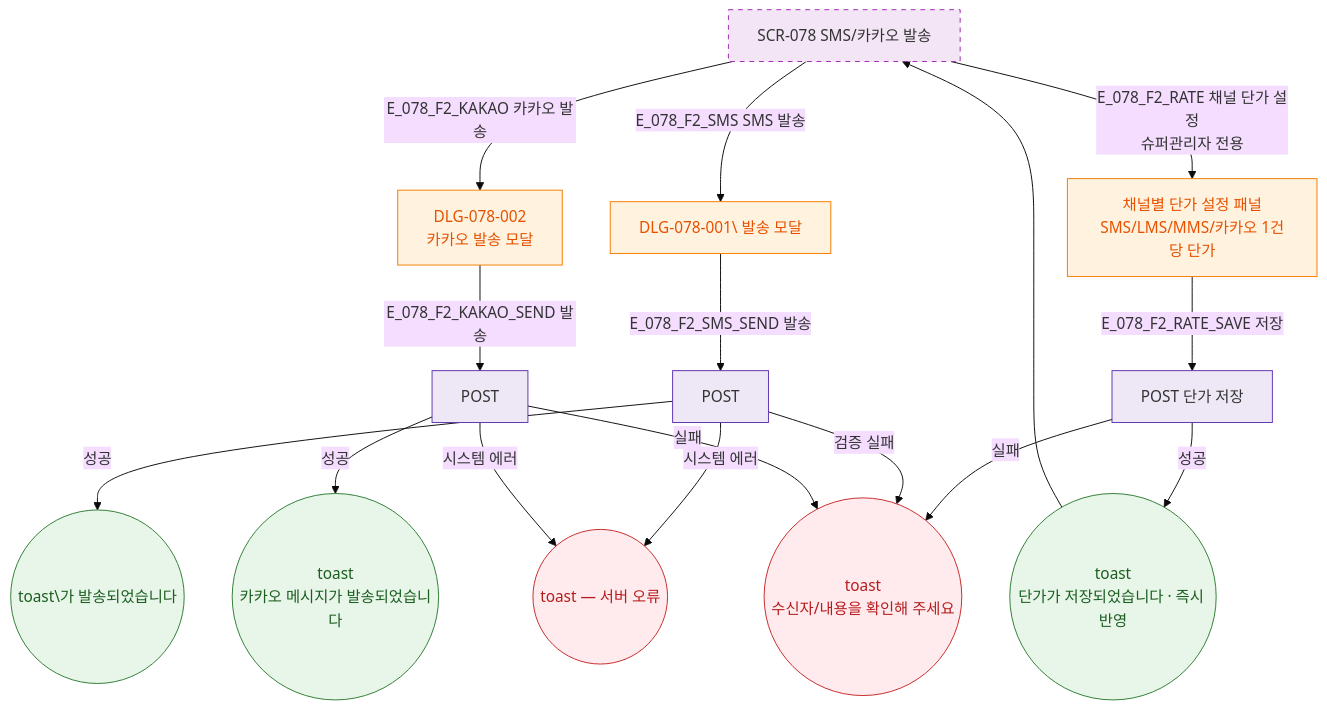
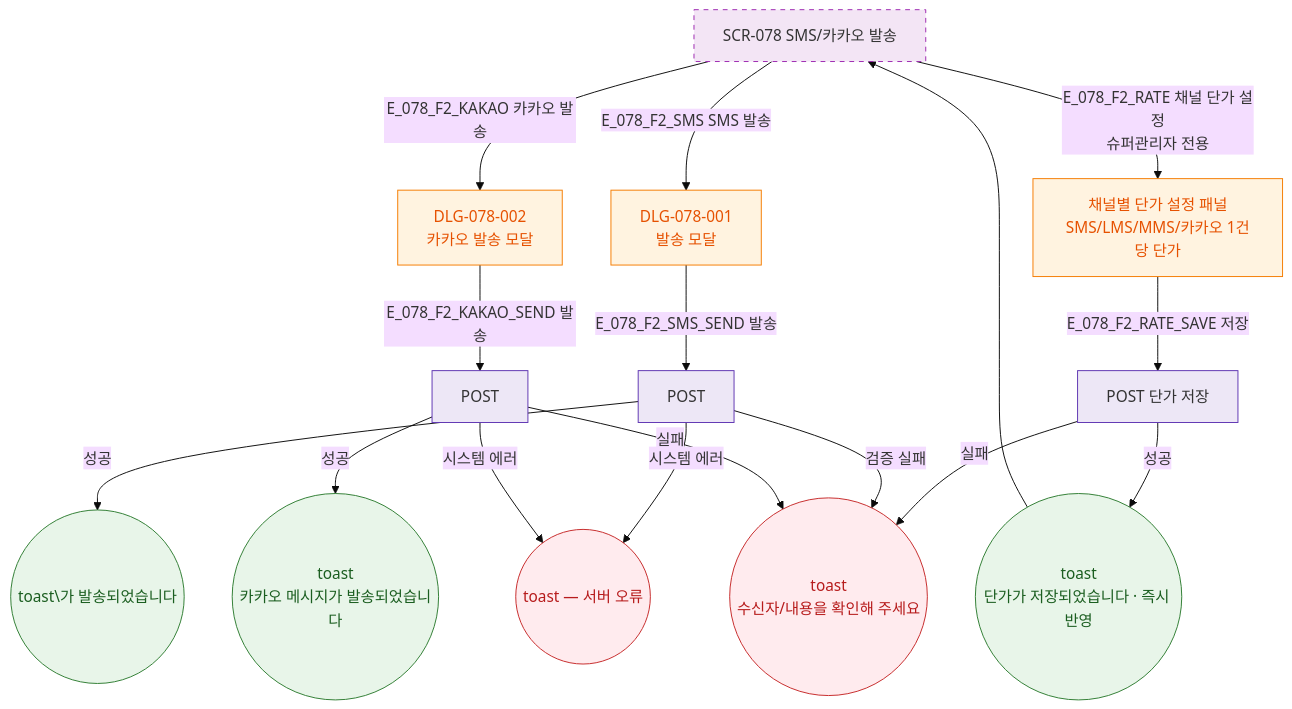
One commit to dev-spogym/admin-pando changed the diagram in docs/admin/다이어그램/D08_마케팅/SCR-078_SMS카카오발송/F2_메인인터랙션.md. Above: the diagram before and after it, drawn with Mermaid (base theme). The commit also changed 369 other files, not shown here.

````diff
--- a/docs/admin/다이어그램/D08_마케팅/SCR-078_SMS카카오발송/F2_메인인터랙션.md
+++ b/docs/admin/다이어그램/D08_마케팅/SCR-078_SMS카카오발송/F2_메인인터랙션.md
@@ -20,35 +20,35 @@
 ```mermaid
 flowchart TD
   SCR_078[SCR-078 SMS/카카오 발송]
 
-  SCR_078 -->|E_078_F2_SMS SMS 발송|DLG_001[DLG-078-001\ 발송 모달]
+  SCR_078 -->|E_078_F2_SMS SMS 발송|DLG_001[DLG-078-001<br/> 발송 모달]
   SCR_078 -->|E_078_F2_KAKAO 카카오 발송|DLG_002[DLG-078-002\n카카오 발송 모달]
   SCR_078 -->|E_078_F2_RATE 채널 단가 설정\n슈퍼관리자 전용|DLG_RATE[채널별 단가 설정 패널\nSMS/LMS/MMS/카카오 1건당 단가]
   DLG_RATE -->|E_078_F2_RATE_SAVE 저장|API_RATE[POST 단가 저장]
   API_RATE -->|성공|T_RATE_OK((toast\n단가가 저장되었습니다 · 즉시 반영))
   API_RATE -->|실패|T_ERR
   T_RATE_OK --> SCR_078
 
   DLG_001 -->|E_078_F2_SMS_SEND 발송|API_SMS[POST]
   DLG_002 -->|E_078_F2_KAKAO_SEND 발송|API_KAKAO[POST]
 
   API_SMS -->|성공|T_OK1((toast\가 발송되었습니다))
   API_SMS -->|검증 실패|T_ERR((toast\n수신자/내용을 확인해 주세요))
   API_SMS -->|시스템 에러|T_SYS((toast — 서버 오류))
 
   API_KAKAO -->|성공|T_OK2((toast\n카카오 메시지가 발송되었습니다))
   API_KAKAO -->|실패|T_ERR
   API_KAKAO -->|시스템 에러|T_SYS
 
   classDef newFeature fill:#F3E5F5,stroke:#9C27B0,stroke-dasharray:5 5
   classDef modal fill:#FFF3E0,stroke:#F57C00,color:#E65100
   classDef success fill:#E8F5E9,stroke:#2E7D32,color:#1B5E20
   classDef error fill:#FFEBEE,stroke:#C62828,color:#B71C1C
   classDef system fill:#EDE7F6,stroke:#5E35B2
 
   class SCR_078 newFeature
   class DLG_001,DLG_002,DLG_RATE modal
   class T_OK1,T_OK2,T_RATE_OK success
   class T_ERR,T_SYS error
   class API_SMS,API_KAKAO,API_RATE system
 ```
````
